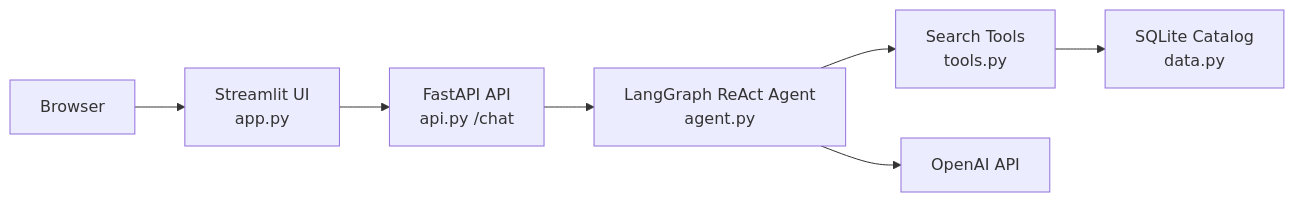
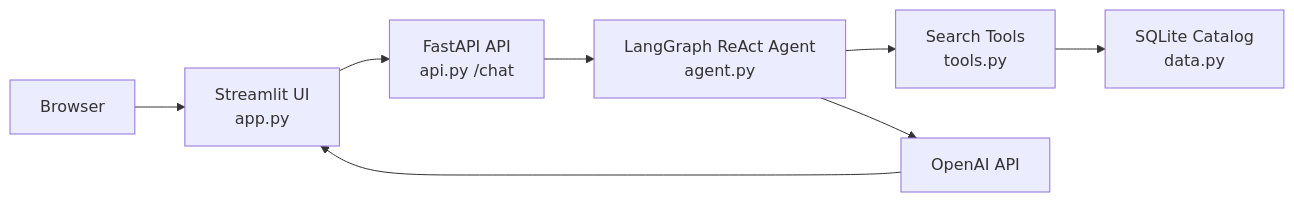
One commit to tulasigudibanda/laptop-recommendation-agent changed the diagram in README.md. Above: the diagram before and after it, drawn with Mermaid.

````diff
--- a/README.md
+++ b/README.md
@@ -39,9 +39,10 @@
 ```mermaid
 flowchart LR
     A[Browser] --> B[Streamlit UI<br/>app.py]
     B --> C[FastAPI API<br/>api.py /chat]
     C --> D[LangGraph ReAct Agent<br/>agent.py]
     D --> E[Search Tools<br/>tools.py]
     E --> F[SQLite Catalog<br/>data.py]
     D --> G[OpenAI API]
+    G --> B
 ```
````
